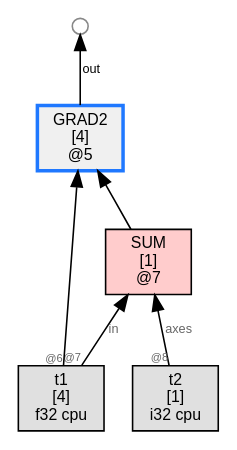
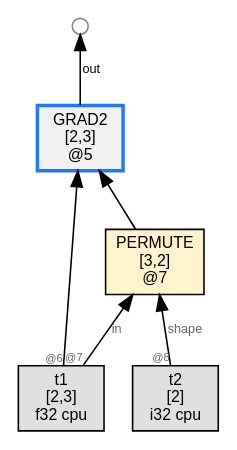
One commit to sw1sh/TinyHVM changed the diagram in wl/examples/thvm_graphs/grad_rules/gradu_poly/thvm_0_pre_reduce.dot. Above: the diagram before and after it, drawn with Graphviz. The commit also changed 8 other files, not shown here.

First line of the commit message:
grad: CMP e2e pass via shape-[1] TEN; permute still fails on broadcast view

```diff
--- a/wl/examples/thvm_graphs/grad_rules/gradu_poly/thvm_0_pre_reduce.dot
+++ b/wl/examples/thvm_graphs/grad_rules/gradu_poly/thvm_0_pre_reduce.dot
@@ -1,16 +1,16 @@
 digraph G {
   rankdir=BT;
   node [fontname="Helvetica", fontsize=10, style=filled, shape=box, margin="0.1,0.05"];
   edge [fontsize=8, fontname="Helvetica"];
 
-  n7 [label="SUM\n[1]\n@7", shape=box, fillcolor="#ffcccc"];
-  t1 [label="t1\n[4]\nf32 cpu",shape=box,fillcolor="#e0e0e0"];
+  n7 [label="PERMUTE\n[3,2]\n@7", shape=box, fillcolor="#fff3cd"];
+  t1 [label="t1\n[2,3]\nf32 cpu",shape=box,fillcolor="#e0e0e0"];
   t1 -> n7 [label="in",taillabel="@7",labelfontsize=7,fontcolor="#666666"];
-  t2 [label="t2\n[1]\ni32 cpu",shape=box,fillcolor="#e0e0e0"];
-  t2 -> n7 [label="axes",taillabel="@8",labelfontsize=7,fontcolor="#666666"];
-  n5 [label="GRAD2\n[4]\n@5", shape=box, fillcolor="#f0f0f0",color="#1f78ff",penwidth=2.2];
+  t2 [label="t2\n[2]\ni32 cpu",shape=box,fillcolor="#e0e0e0"];
+  t2 -> n7 [label="shape",taillabel="@8",labelfontsize=7,fontcolor="#666666"];
+  n5 [label="GRAD2\n[2,3]\n@5", shape=box, fillcolor="#f0f0f0",color="#1f78ff",penwidth=2.2];
   n7 -> n5 [label=""];
   t1 -> n5 [label="",taillabel="@6",labelfontsize=7,fontcolor="#666666"];
   free5_1000 [label="",shape=circle,width=0.14,height=0.14,fixedsize=true,fillcolor="#ffffff",color="#888888",fontsize=1];
   n5 -> free5_1000 [label="out"];
 }
```
